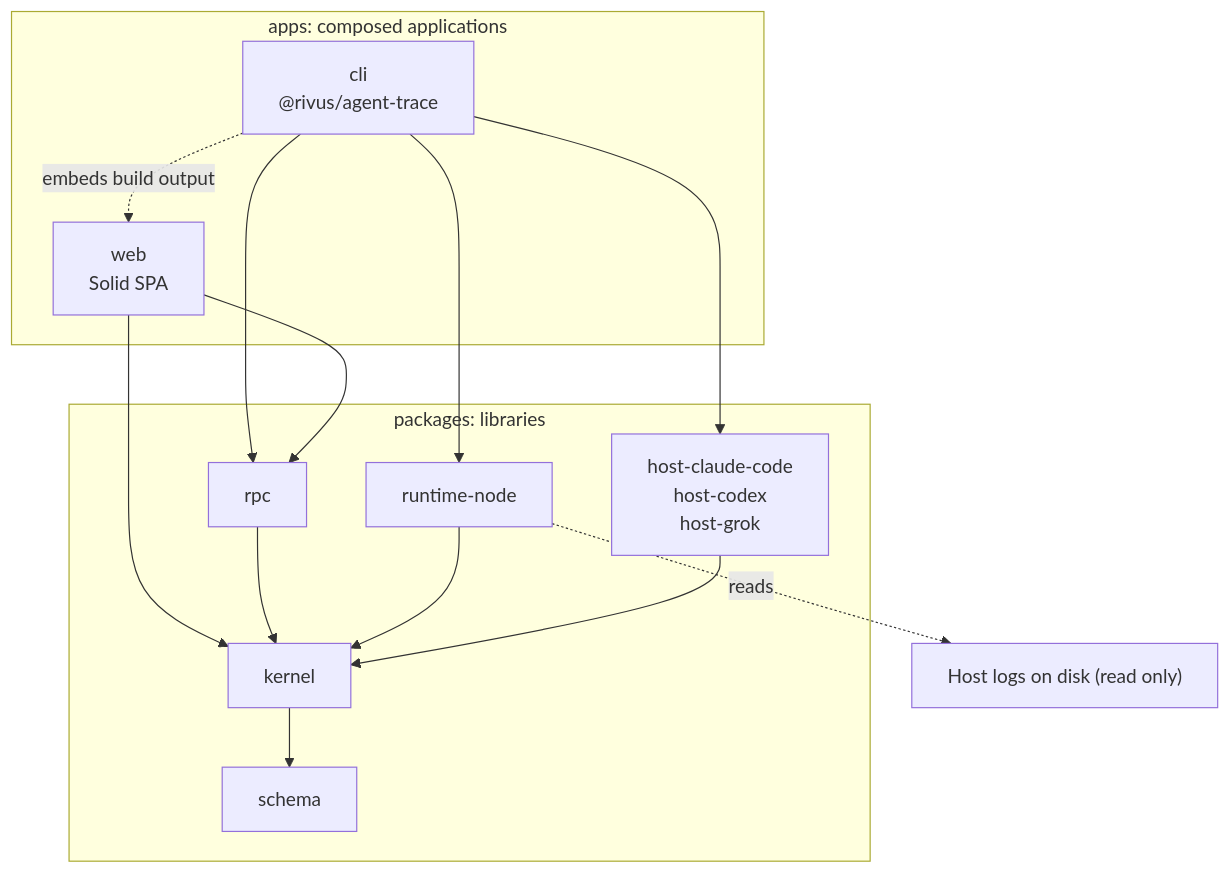
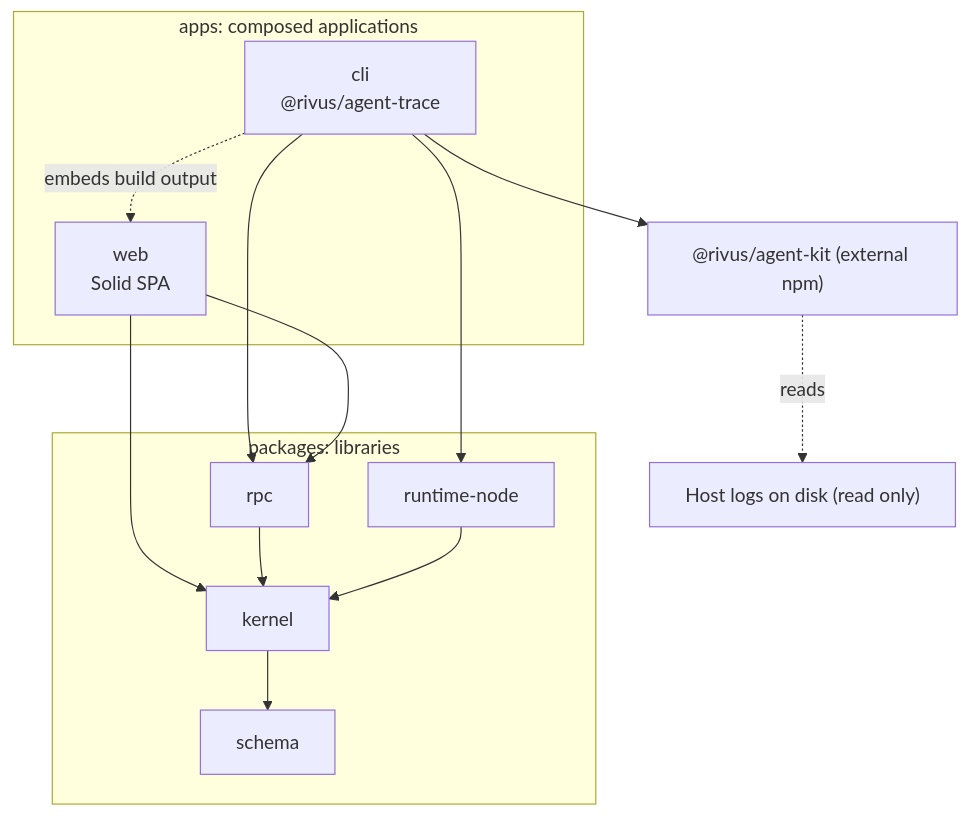
Before and after one commit to PerfectPan/estela: the first of 4 diagrams in docs/plans/0001-external-release.md, drawn with Mermaid. The commit also changed other lines of this file and 146 other files, not shown here.

First line of the commit message:
refactor(sessions): delete the host readers and adopt the kit's names (#36)

````diff
--- a/docs/plans/0001-external-release.md
+++ b/docs/plans/0001-external-release.md
@@ -108,26 +108,25 @@
 ```mermaid
 flowchart TB
   subgraph apps["apps: composed applications"]
     cli["cli<br/>@rivus/agent-trace"]
     web["web<br/>Solid SPA"]
   end
   subgraph packages["packages: libraries"]
     rpc["rpc"]
     rt["runtime-node"]
-    hosts["host-claude-code<br/>host-codex<br/>host-grok"]
     kernel["kernel"]
     schema["schema"]
   end
+  kit["@rivus/agent-kit (external npm)"]
   logs["Host logs on disk (read only)"]
   cli --> rpc
   cli --> rt
-  cli --> hosts
+  cli --> kit
   cli -. "embeds build output" .-> web
   web --> rpc
   web --> kernel
   rpc --> kernel
   rt --> kernel
-  hosts --> kernel
   kernel --> schema
-  rt -. "reads" .-> logs
+  kit -. "reads" .-> logs
 ```
````
